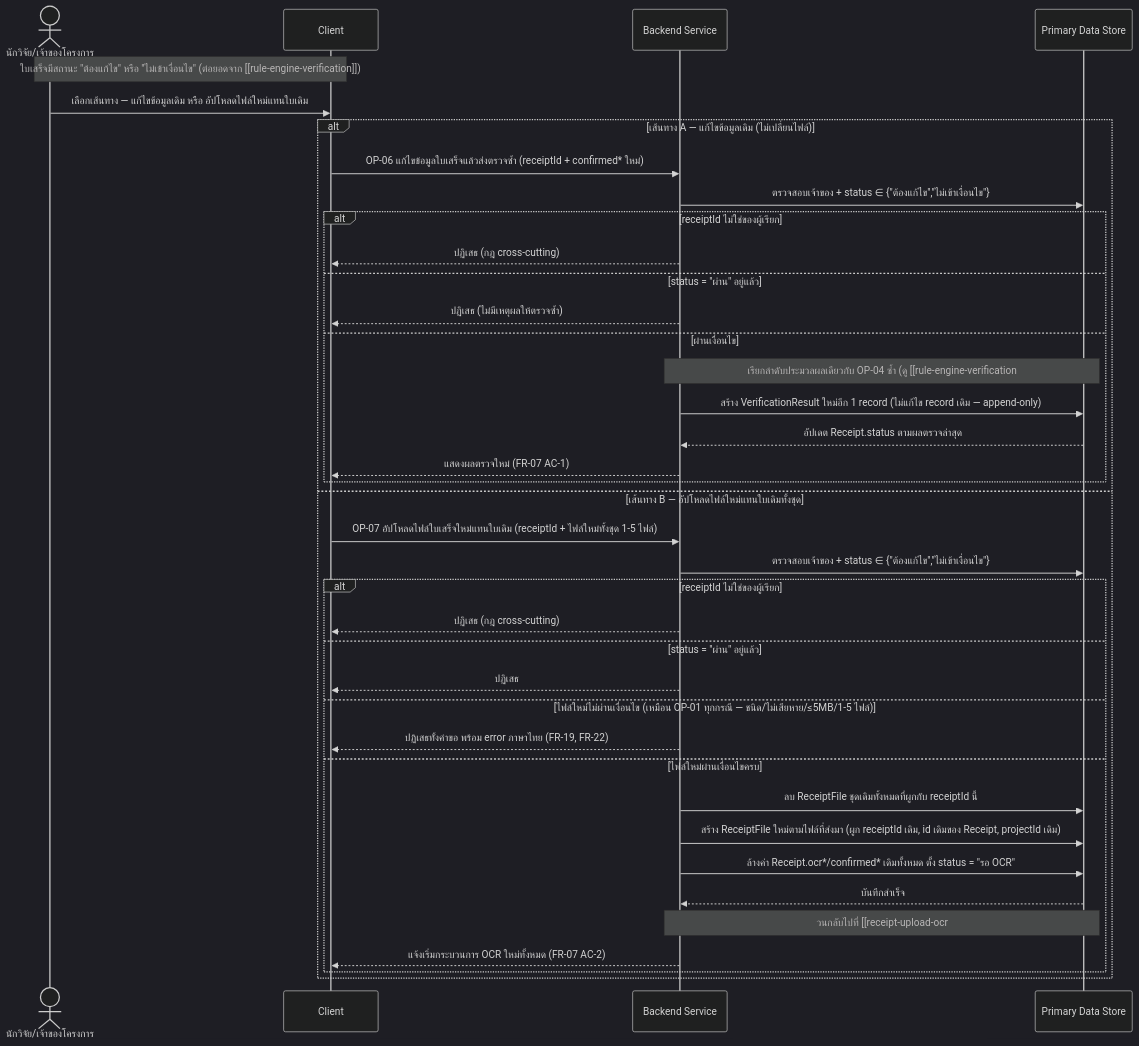
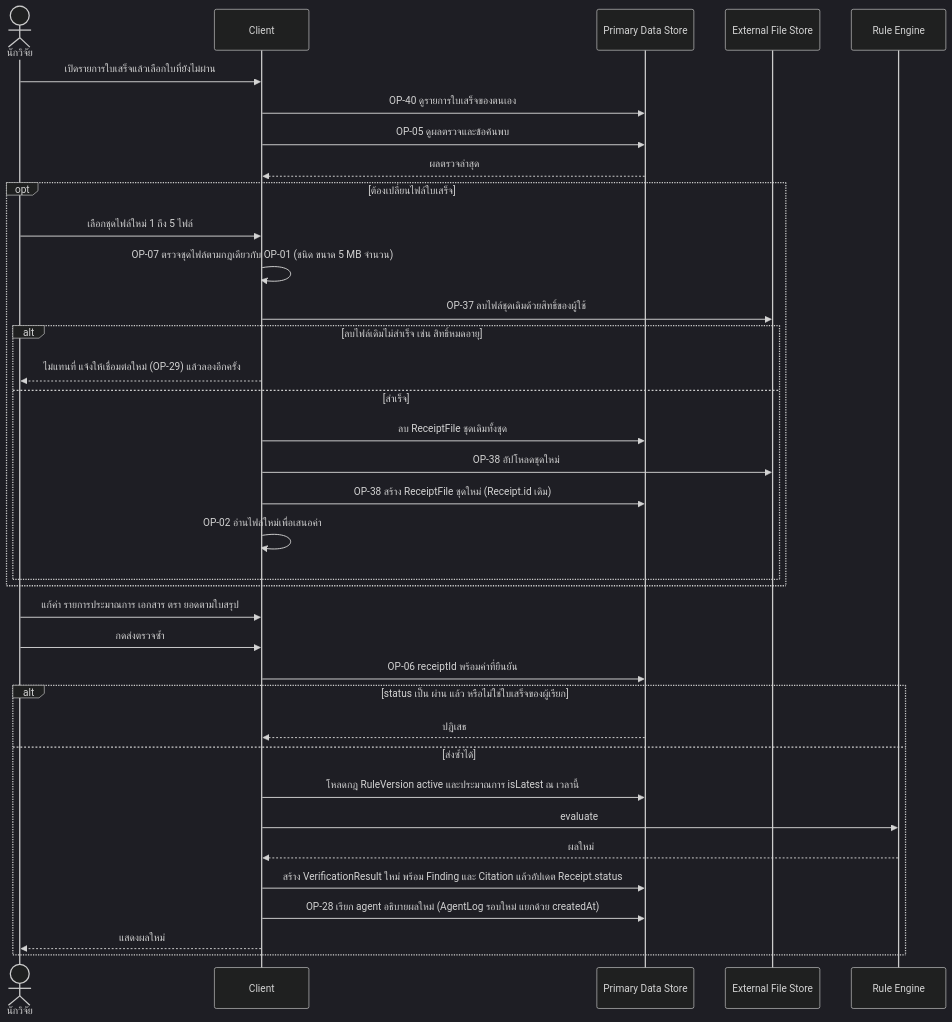
Before and after one commit to ptrsswnr/Grant-Receipt-Assistant: the first of 2 diagrams in docs/02-design/02-technical/detailed-design/resubmit-failed-receipt.md, drawn with Mermaid (dark theme). The commit also changed other lines of this file and 27 other files, not shown here.

````diff
--- a/docs/02-design/02-technical/detailed-design/resubmit-failed-receipt.md
+++ b/docs/02-design/02-technical/detailed-design/resubmit-failed-receipt.md
@@ -33,41 +28,39 @@
 ```mermaid
 sequenceDiagram
-    actor R as นักวิจัย/เจ้าของโครงการ
+    actor R as นักวิจัย
     participant C as Client
-    participant B as Backend Service
     participant DS as Primary Data Store
+    participant FS as External File Store
+    participant RE as Rule Engine
 
-    Note over R,C: ใบเสร็จมีสถานะ "ต้องแก้ไข" หรือ "ไม่เข้าเงื่อนไข" (ต่อยอดจาก [[rule-engine-verification]])
-    R->>C: เลือกเส้นทาง — แก้ไขข้อมูลเดิม หรือ อัปโหลดไฟล์ใหม่แทนใบเดิม
-    alt เส้นทาง A — แก้ไขข้อมูลเดิม (ไม่เปลี่ยนไฟล์)
-        C->>B: OP-06 แก้ไขข้อมูลใบเสร็จแล้วส่งตรวจซ้ำ (receiptId + confirmed* ใหม่)
-        B->>DS: ตรวจสอบเจ้าของ + status ∈ {"ต้องแก้ไข","ไม่เข้าเงื่อนไข"}
-        alt receiptId ไม่ใช่ของผู้เรียก
-            B-->>C: ปฏิเสธ (กฎ cross-cutting)
-        else status = "ผ่าน" อยู่แล้ว
-            B-->>C: ปฏิเสธ (ไม่มีเหตุผลให้ตรวจซ้ำ)
-        else ผ่านเงื่อนไข
-            Note over B,DS: เรียกลำดับประมวลผลเดียวกับ OP-04 ซ้ำ (ดู [[rule-engine-verification#2. Sequence Diagram|rule-engine-verification]])
-            B->>DS: สร้าง VerificationResult ใหม่อีก 1 record (ไม่แก้ไข record เดิม — append-only)
-            DS-->>B: อัปเดต Receipt.status ตามผลตรวจล่าสุด
-            B-->>C: แสดงผลตรวจใหม่ (FR-07 AC-1)
-        end
-    else เส้นทาง B — อัปโหลดไฟล์ใหม่แทนใบเดิมทั้งชุด
-        C->>B: OP-07 อัปโหลดไฟล์ใบเสร็จใหม่แทนใบเดิม (receiptId + ไฟล์ใหม่ทั้งชุด 1-5 ไฟล์)
-        B->>DS: ตรวจสอบเจ้าของ + status ∈ {"ต้องแก้ไข","ไม่เข้าเงื่อนไข"}
-        alt receiptId ไม่ใช่ของผู้เรียก
-            B-->>C: ปฏิเสธ (กฎ cross-cutting)
-        else status = "ผ่าน" อยู่แล้ว
-            B-->>C: ปฏิเสธ
-        else ไฟล์ใหม่ไม่ผ่านเงื่อนไข (เหมือน OP-01 ทุกกรณี — ชนิด/ไม่เสียหาย/≤5MB/1-5 ไฟล์)
-            B-->>C: ปฏิเสธทั้งคำขอ พร้อม error ภาษาไทย (FR-19, FR-22)
-        else ไฟล์ใหม่ผ่านเงื่อนไขครบ
-            B->>DS: ลบ ReceiptFile ชุดเดิมทั้งหมดที่ผูกกับ receiptId นี้
-            B->>DS: สร้าง ReceiptFile ใหม่ตามไฟล์ที่ส่งมา (ผูก receiptId เดิม, id เดิมของ Receipt, projectId เดิม)
-            B->>DS: ล้างค่า Receipt.ocr*/confirmed* เดิมทั้งหมด ตั้ง status = "รอ OCR"
-            DS-->>B: บันทึกสำเร็จ
-            Note over B,DS: วนกลับไปที่ [[receipt-upload-ocr#2. Sequence Diagram|receipt-upload-ocr — ขั้นตอน OP-02]] ต่อโดยอัตโนมัติ
-            B-->>C: แจ้งเริ่มกระบวนการ OCR ใหม่ทั้งหมด (FR-07 AC-2)
+    R->>C: เปิดรายการใบเสร็จแล้วเลือกใบที่ยังไม่ผ่าน
+    C->>DS: OP-40 ดูรายการใบเสร็จของตนเอง
+    C->>DS: OP-05 ดูผลตรวจและข้อค้นพบ
+    DS-->>C: ผลตรวจล่าสุด
+    opt ต้องเปลี่ยนไฟล์ใบเสร็จ
+        R->>C: เลือกชุดไฟล์ใหม่ 1 ถึง 5 ไฟล์
+        C->>C: OP-07 ตรวจชุดไฟล์ตามกฎเดียวกับ OP-01 (ชนิด ขนาด 5 MB จำนวน)
+        C->>FS: OP-37 ลบไฟล์ชุดเดิมด้วยสิทธิ์ของผู้ใช้
+        alt ลบไฟล์เดิมไม่สำเร็จ เช่น สิทธิ์หมดอายุ
+            C-->>R: ไม่แทนที่ แจ้งให้เชื่อมต่อใหม่ (OP-29) แล้วลองอีกครั้ง
+        else สำเร็จ
+            C->>DS: ลบ ReceiptFile ชุดเดิมทั้งชุด
+            C->>FS: OP-38 อัปโหลดชุดใหม่
+            C->>DS: OP-38 สร้าง ReceiptFile ชุดใหม่ (Receipt.id เดิม)
+            C->>C: OP-02 อ่านไฟล์ใหม่เพื่อเสนอค่า
         end
     end
+    R->>C: แก้ค่า รายการประมาณการ เอกสาร ตรา ยอดตามใบสรุป
+    R->>C: กดส่งตรวจซ้ำ
+    C->>DS: OP-06 receiptId พร้อมค่าที่ยืนยัน
+    alt status เป็น ผ่าน แล้ว หรือไม่ใช่ใบเสร็จของผู้เรียก
+        DS-->>C: ปฏิเสธ
+    else ส่งซ้ำได้
+        C->>DS: โหลดกฎ RuleVersion active และประมาณการ isLatest ณ เวลานี้
+        C->>RE: evaluate
+        RE-->>C: ผลใหม่
+        C->>DS: สร้าง VerificationResult ใหม่ พร้อม Finding และ Citation แล้วอัปเดต Receipt.status
+        C->>DS: OP-28 เรียก agent อธิบายผลใหม่ (AgentLog รอบใหม่ แยกด้วย createdAt)
+        C-->>R: แสดงผลใหม่
+    end
 ```
````
